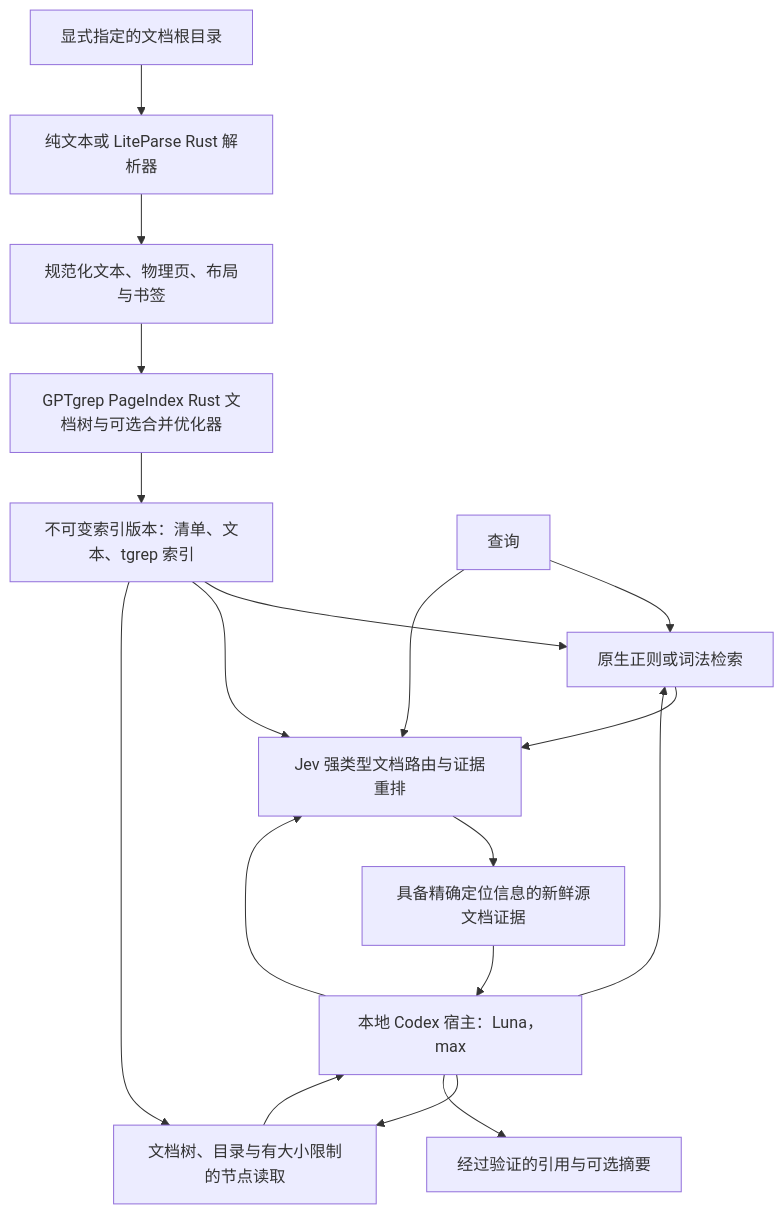
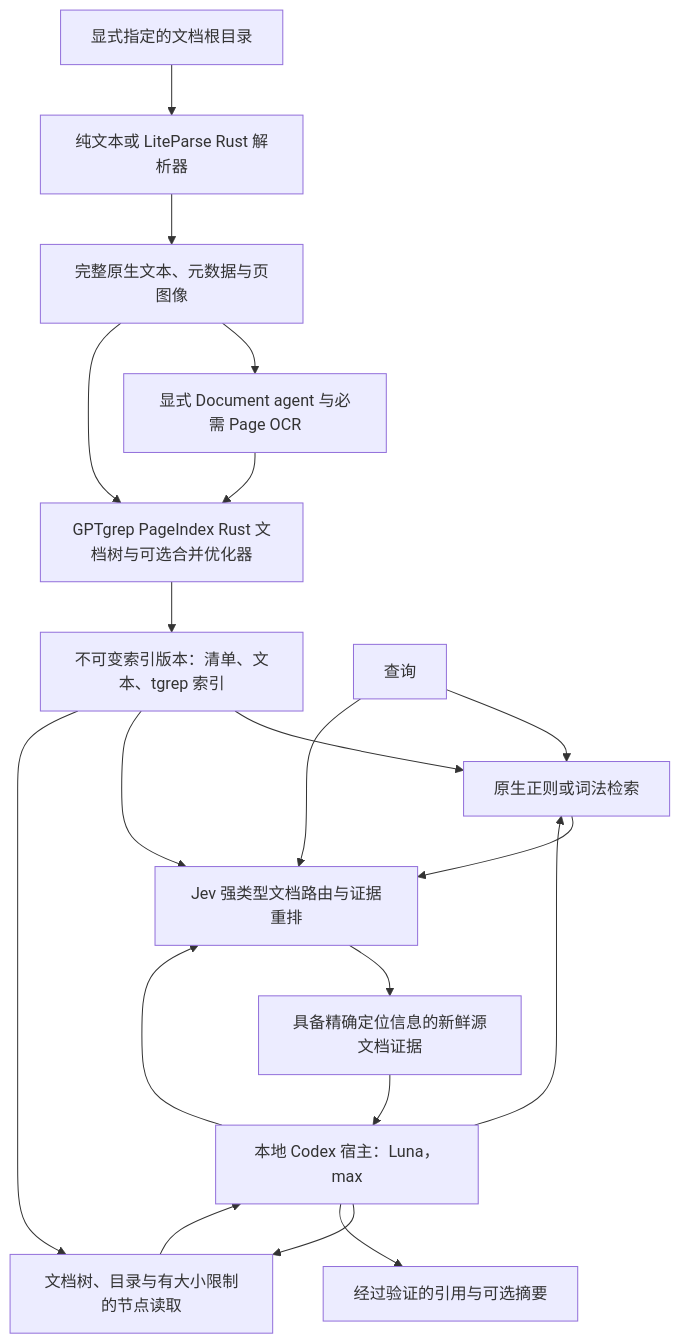
The diagram in docs/architecture.zh-CN.md (lwyBZss8924d/gptgrep), drawn with Mermaid before and after one commit. The commit also changed other lines of this file and 39 other files, not shown here.

````diff
--- a/docs/architecture.zh-CN.md
+++ b/docs/architecture.zh-CN.md
@@ -9,20 +9,22 @@
 ```mermaid
 flowchart TD
   A[显式指定的文档根目录] --> B[纯文本或 LiteParse Rust 解析器]
-  B --> C[规范化文本、物理页、布局与书签]
+  B --> C[完整原生文本、元数据与页图像]
+  C --> P[显式 Document agent 与必需 Page OCR]
+  P --> D
   C --> D[GPTgrep PageIndex Rust 文档树与可选合并优化器]
   D --> E[不可变索引版本：清单、文本、tgrep 索引]
   Q[查询] --> F[原生正则或词法检索]
   E --> F
   Q --> G[Jev 强类型文档路由与证据重排]
   E --> G
   F --> G
   G --> H[具备精确定位信息的新鲜源文档证据]
   I[本地 Codex 宿主：Luna，max] --> F
   I --> G
   I --> J[文档树、目录与有大小限制的节点读取]
   E --> J
   H --> I
   J --> I
   I --> K[经过验证的引用与可选摘要]
 ```
````
